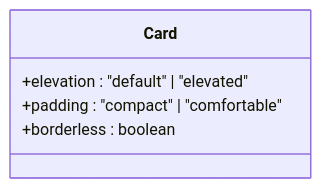
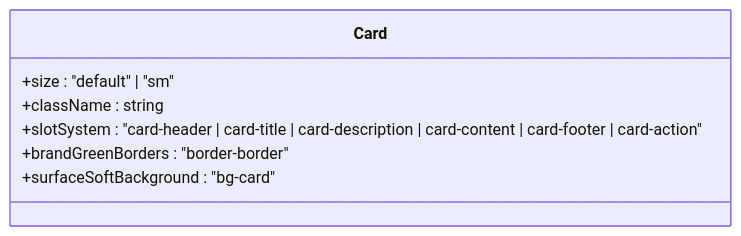
Before and after one commit to userisaziz/samaa-ai: the eighth of 18 diagrams in .qoder/repowiki/en/content/Frontend Application/UI Component Library & Design System.md, drawn with Mermaid. The commit also changed other lines of this file and 108 other files, not shown here.

````diff
--- a/.qoder/repowiki/en/content/Frontend Application/UI Component Library & Design System.md
+++ b/.qoder/repowiki/en/content/Frontend Application/UI Component Library & Design System.md
@@ -360,8 +595,10 @@
 ```mermaid
 classDiagram
 class Card {
-+elevation : "default" | "elevated"
-+padding : "compact" | "comfortable"
-+borderless : boolean
++size : "default" | "sm"
++className : string
++slotSystem : "card-header | card-title | card-description | card-content | card-footer | card-action"
++brandGreenBorders : "border-border"
++surfaceSoftBackground : "bg-card"
 }
 ```
````
